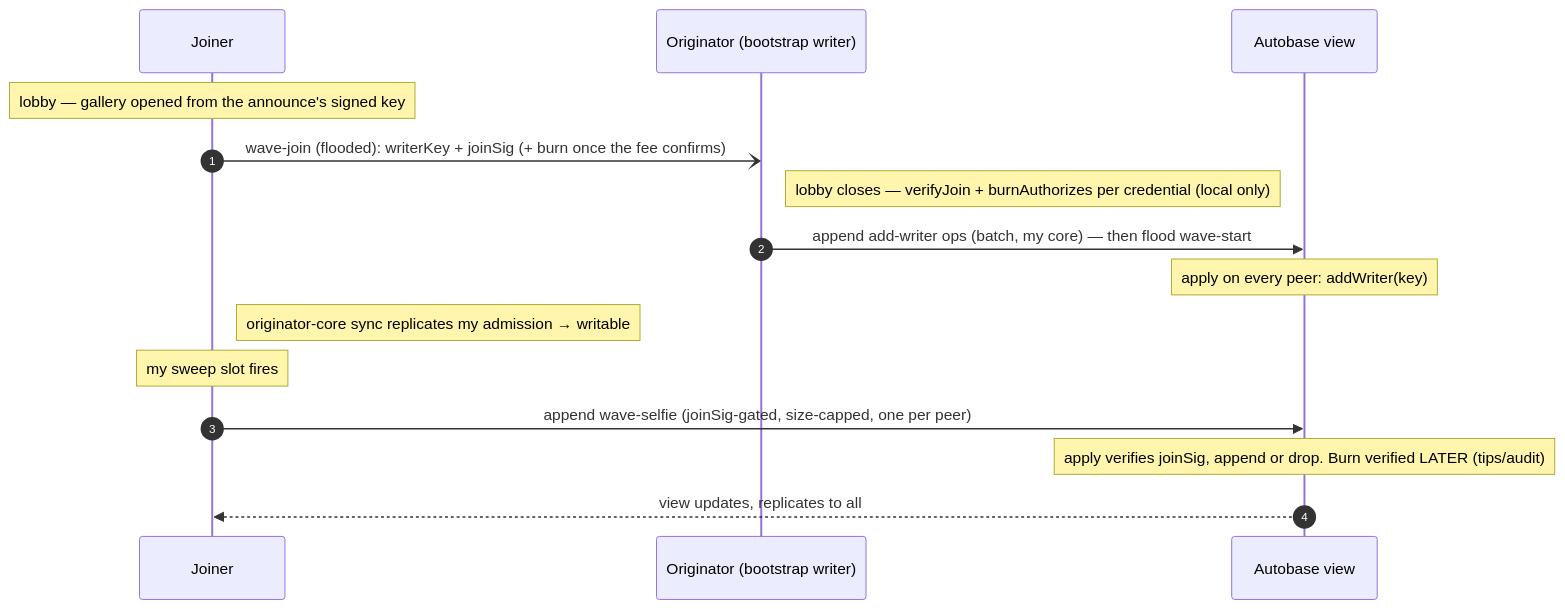
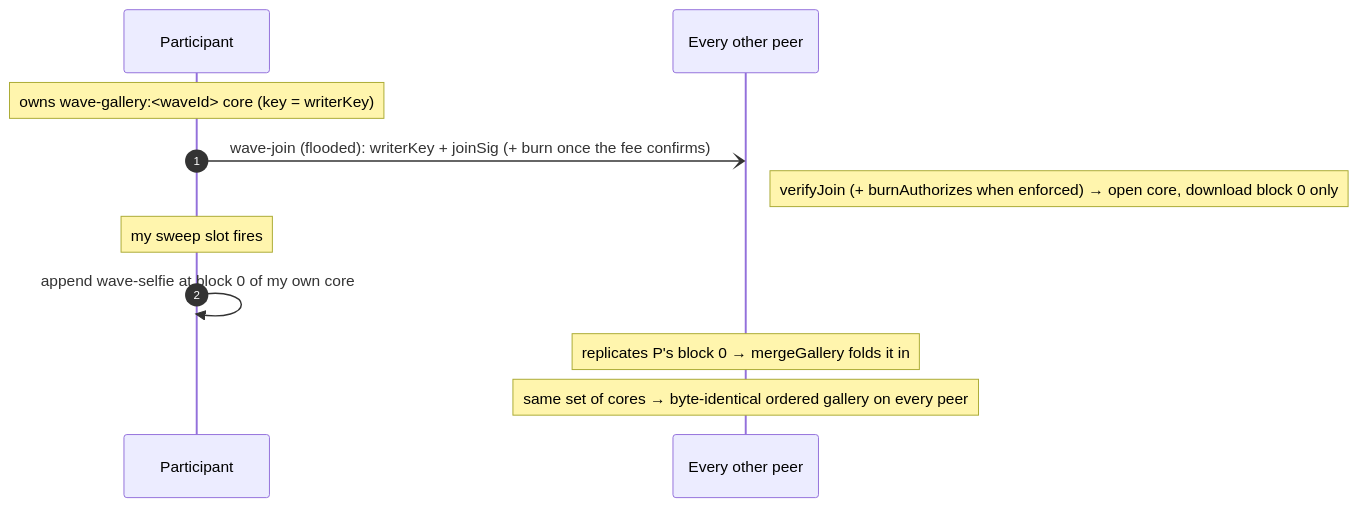
One commit to mnaamani/hyper-wave changed the fifth of 5 diagrams in docs/protocol.md. Above: the diagram before and after it, drawn with Mermaid. The commit also changed other lines of this file and 4 other files, not shown here.

First line of the commit message:
docs: sync spec + guides to the multicore CRDT gallery (rewrite phase 3)

````diff
--- a/docs/protocol.md
+++ b/docs/protocol.md
@@ -666,17 +669,13 @@
 ```mermaid
 sequenceDiagram
   autonumber
-  participant P as Joiner
-  participant O as Originator (bootstrap writer)
-  participant AB as Autobase view
-  Note over P: lobby — gallery opened from the announce's signed key
-  P-)O: wave-join (flooded): writerKey + joinSig (+ burn once the fee confirms)
-  Note right of O: lobby closes — verifyJoin + burnAuthorizes per credential (local only)
-  O->>AB: append add-writer ops (batch, my core) — then flood wave-start
-  Note over AB: apply on every peer: addWriter(key)
-  Note right of P: originator-core sync replicates my admission → writable
+  participant P as Participant
+  participant N as Every other peer
+  Note over P: owns wave-gallery:<waveId> core (key = writerKey)
+  P-)N: wave-join (flooded): writerKey + joinSig (+ burn once the fee confirms)
+  Note right of N: verifyJoin (+ burnAuthorizes when enforced) → open core, download block 0 only
   Note over P: my sweep slot fires
-  P->>AB: append wave-selfie (joinSig-gated, size-capped, one per peer)
-  Note over AB: apply verifies joinSig, append or drop. Burn verified LATER (tips/audit)
-  AB-->>P: view updates, replicates to all
+  P->>P: append wave-selfie at block 0 of my own core
+  Note over N: replicates P's block 0 → mergeGallery folds it in
+  Note over N: same set of cores → byte-identical ordered gallery on every peer
 ```
````
